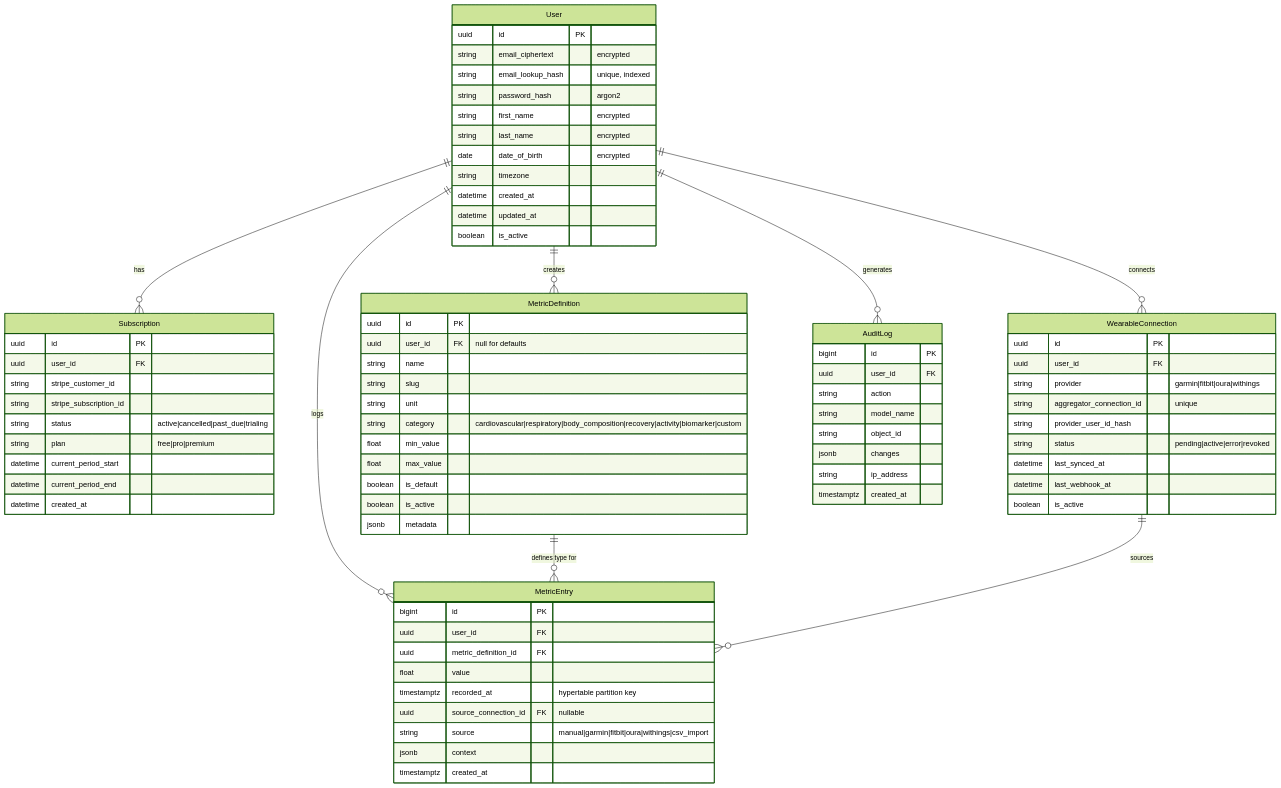
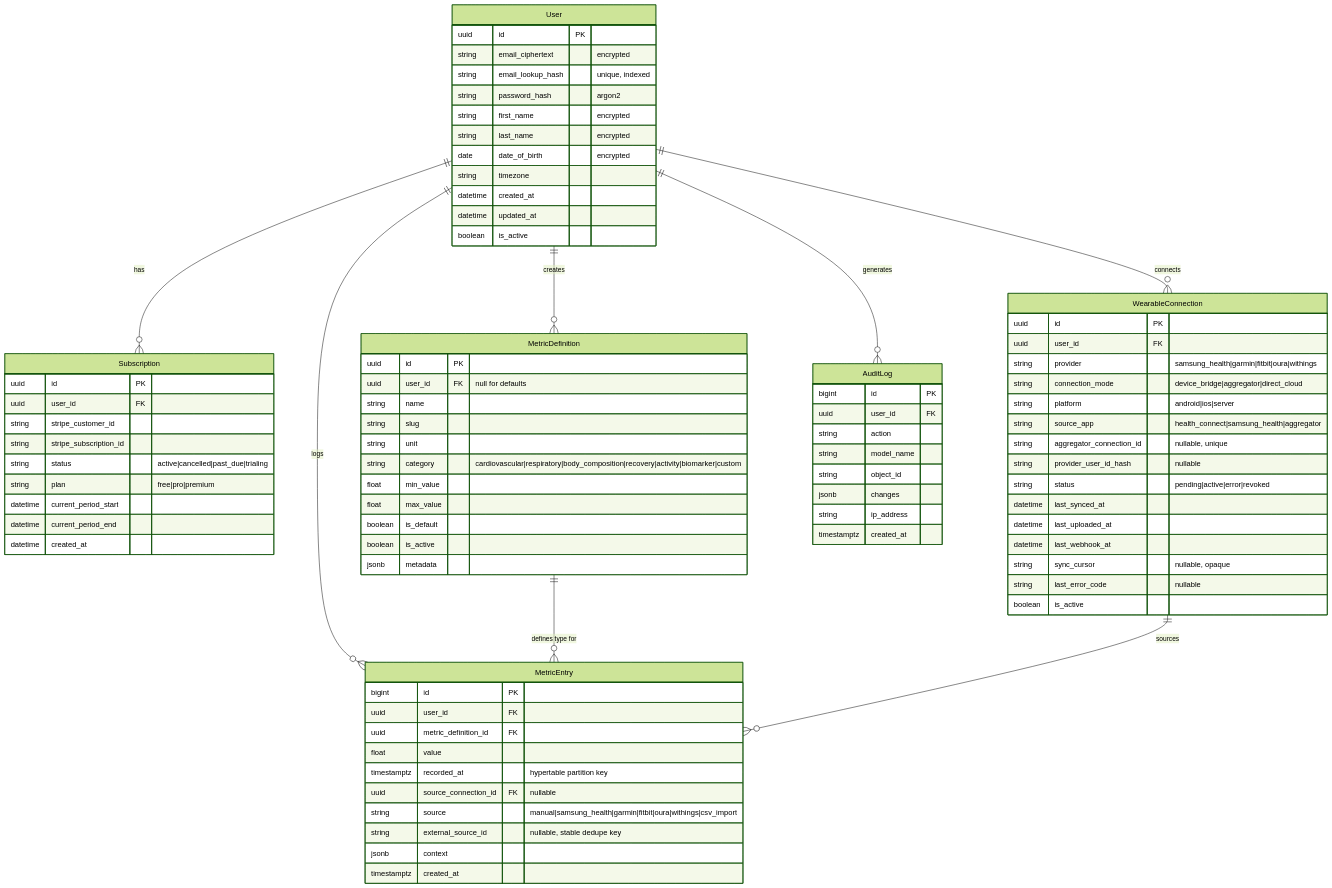
The diagram in reference_docs/knowledge/09-entity-relationship-diagram-database-design-sample-data.md (elvisrepo/long), drawn with Mermaid (forest theme) before and after one commit. The commit also changed other lines of this file and 23 other files, not shown here.

Commit message:
changes from project problem, to erd; mvp now with health connect

```diff
--- a/reference_docs/knowledge/09-entity-relationship-diagram-database-design-sample-data.md
+++ b/reference_docs/knowledge/09-entity-relationship-diagram-database-design-sample-data.md
@@ -64,7 +64,8 @@
         float value
         timestamptz recorded_at "hypertable partition key"
         uuid source_connection_id FK "nullable"
-        string source "manual|garmin|fitbit|oura|withings|csv_import"
+        string source "manual|samsung_health|garmin|fitbit|oura|withings|csv_import"
+        string external_source_id "nullable, stable dedupe key"
         jsonb context
         timestamptz created_at
     }
@@ -72,12 +73,18 @@
     WearableConnection {
         uuid id PK
         uuid user_id FK
-        string provider "garmin|fitbit|oura|withings"
-        string aggregator_connection_id "unique"
-        string provider_user_id_hash
+        string provider "samsung_health|garmin|fitbit|oura|withings"
+        string connection_mode "device_bridge|aggregator|direct_cloud"
+        string platform "android|ios|server"
+        string source_app "health_connect|samsung_health|aggregator"
+        string aggregator_connection_id "nullable, unique"
+        string provider_user_id_hash "nullable"
         string status "pending|active|error|revoked"
         datetime last_synced_at
+        datetime last_uploaded_at
         datetime last_webhook_at
+        string sync_cursor "nullable, opaque"
+        string last_error_code "nullable"
         boolean is_active
     }
 
```
